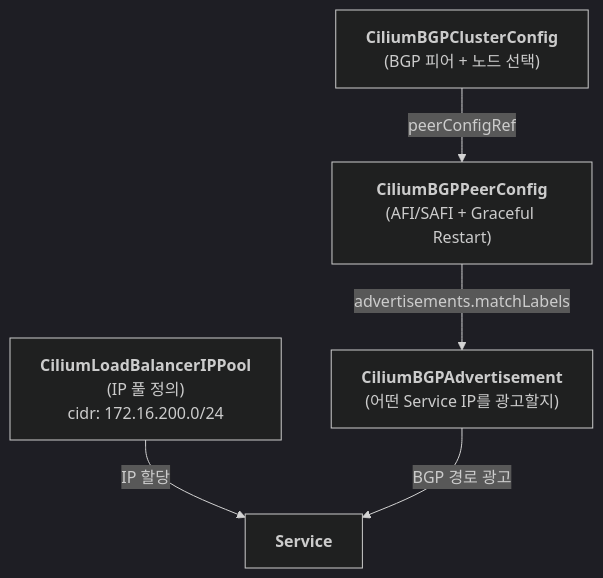
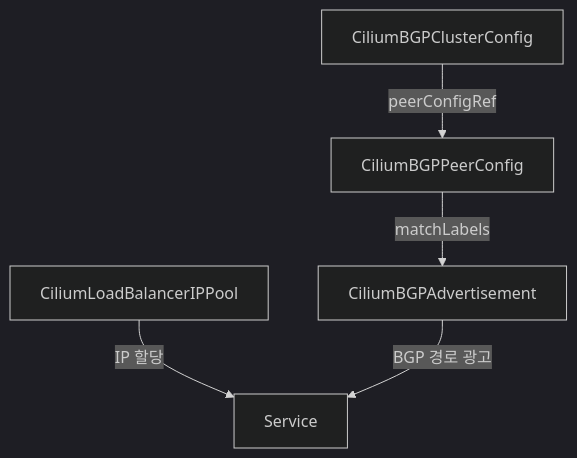
The fourth of 9 diagrams in day1/ch06-cilium-bgp/README.md (garlicKim21/kubernetes-onprem-training), drawn with Mermaid (dark theme) before and after one commit. The commit also changed other lines of this file and 6 other files, not shown here.

````diff
--- a/day1/ch06-cilium-bgp/README.md
+++ b/day1/ch06-cilium-bgp/README.md
@@ -398,13 +416,13 @@
 ```mermaid
 graph TD
-    ippool["<b>CiliumLoadBalancerIPPool</b><br/>(IP 풀 정의)<br/>cidr: 172.16.200.0/24"]
-    clusterconfig["<b>CiliumBGPClusterConfig</b><br/>(BGP 피어 + 노드 선택)"]
-    peerconfig["<b>CiliumBGPPeerConfig</b><br/>(AFI/SAFI + Graceful Restart)"]
-    advert["<b>CiliumBGPAdvertisement</b><br/>(어떤 Service IP를 광고할지)"]
-    svc["<b>Service</b>"]
+    ippool["CiliumLoadBalancerIPPool"]
+    clusterconfig["CiliumBGPClusterConfig"]
+    peerconfig["CiliumBGPPeerConfig"]
+    advert["CiliumBGPAdvertisement"]
+    svc["Service"]
 
     clusterconfig -- "peerConfigRef" --> peerconfig
-    peerconfig -- "advertisements.matchLabels" --> advert
+    peerconfig -- "matchLabels" --> advert
     ippool -- "IP 할당" --> svc
     advert -- "BGP 경로 광고" --> svc
 ```
````
